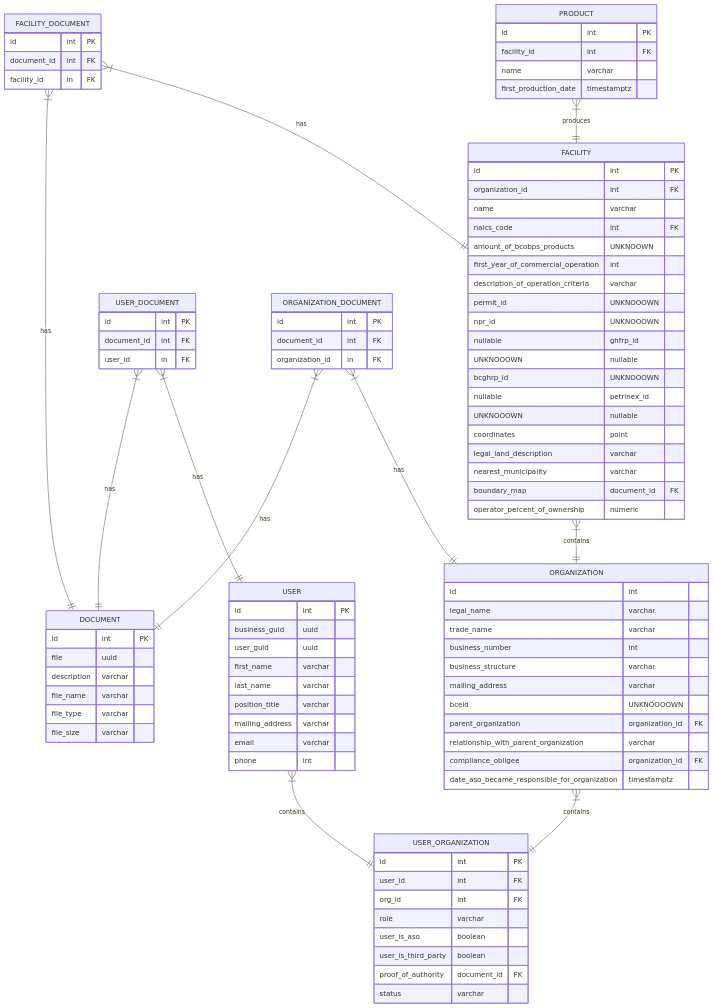
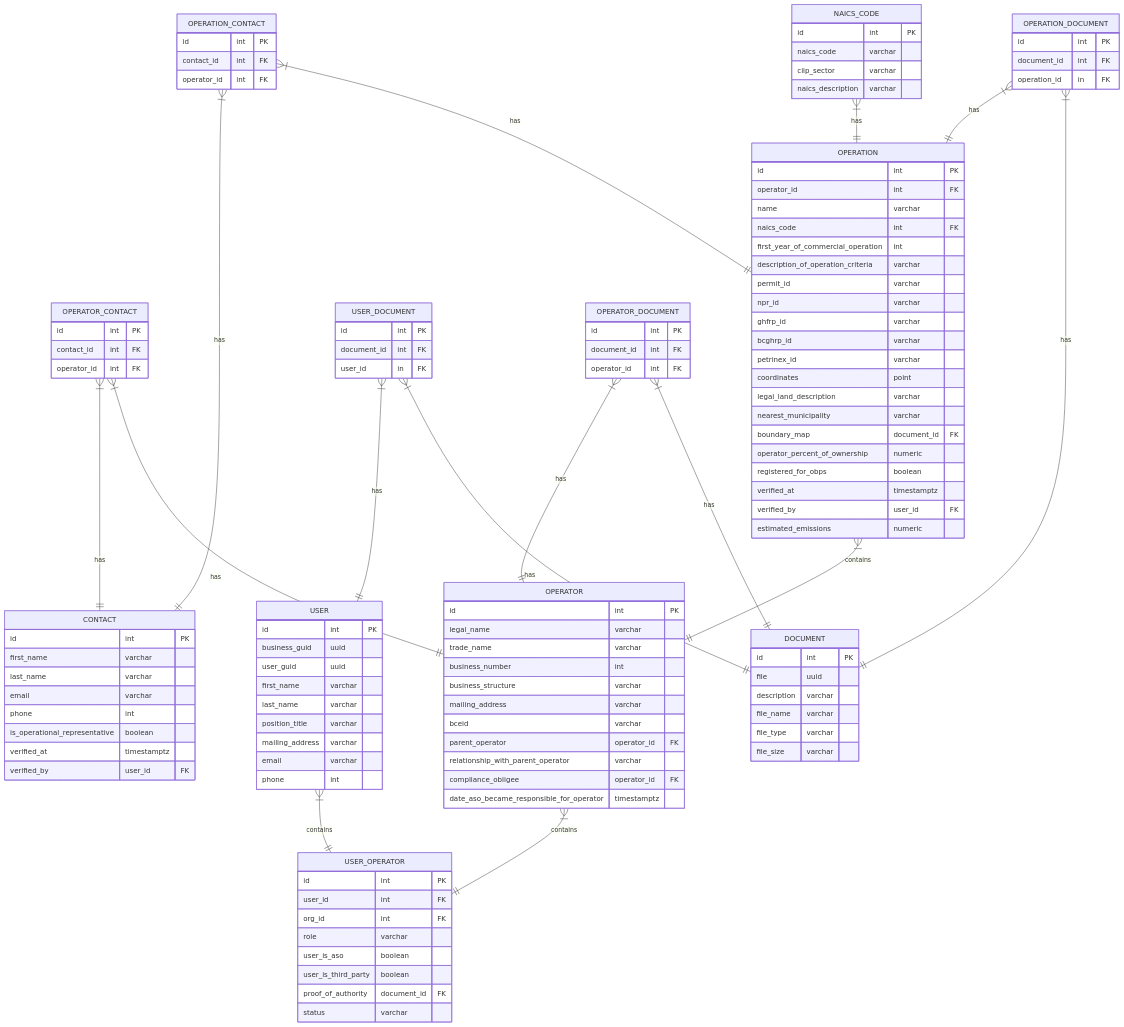
The diagram in erd.md (bcgov/cas-registration), drawn with Mermaid before and after one commit. The commit also changed other lines of this file, not shown here.

Commit message:
chore: apply changes from code review

```diff
--- a/erd.md
+++ b/erd.md
@@ -27,20 +27,20 @@
         email varchar
         phone int
     }
-    ORGANIZATION {
-        id int
+    OPERATOR {
+        id int PK
         legal_name varchar
         trade_name varchar
         business_number int
         business_structure varchar
         mailing_address varchar
-        bceid UNKNOOOOWN
-        parent_organization organization_id FK
-        relationship_with_parent_organization varchar
-        compliance_obligee organization_id FK
-        date_aso_became_responsible_for_organization timestamptz
+        bceid varchar
+        parent_operator operator_id FK
+        relationship_with_parent_operator varchar
+        compliance_obligee operator_id FK
+        date_aso_became_responsible_for_operator timestamptz
     }
-    USER_ORGANIZATION {
+    USER_OPERATOR {
          id int PK
          user_id int FK
          org_id int FK
@@ -50,30 +50,53 @@
          proof_of_authority document_id FK
          status varchar
     }
-    FACILITY {
+    CONTACT {
         id int PK
-        organization_id int FK
+        first_name varchar
+        last_name varchar
+        email varchar
+        phone int
+        is_operational_representative boolean
+        verified_at timestamptz
+        verified_by user_id FK
+    }
+    OPERATOR_CONTACT {
+        id int PK
+        contact_id int FK
+        operator_id int FK
+    }
+    OPERATION_CONTACT {
+        id int PK
+        contact_id int FK
+        operator_id int FK
+    }
+    OPERATION {
+        id int PK
+        operator_id int FK
         name varchar
         naics_code int FK
-        amount_of_bcobps_products UNKNOOWN
         first_year_of_commercial_operation int
         description_of_operation_criteria varchar
-        permit_id UNKNOOOWN
-        npr_id UNKNOOOWN nullable
-        ghfrp_id UNKNOOOWN nullable
-        bcghrp_id UNKNOOOWN nullable
-        petrinex_id UNKNOOOWN nullable
+        permit_id varchar
+        npr_id varchar
+        ghfrp_id varchar
+        bcghrp_id varchar
+        petrinex_id varchar
         coordinates point
         legal_land_description varchar
         nearest_municipality varchar
         boundary_map document_id FK
         operator_percent_of_ownership numeric
+        registered_for_obps boolean
+        verified_at timestamptz
+        verified_by user_id FK
+        estimated_emissions numeric
     }
-    PRODUCT {
+    NAICS_CODE {
         id int PK
-        facility_id int FK
-        name varchar
-        first_production_date timestamptz
+        naics_code varchar
+        ciip_sector varchar
+        naics_description varchar
     }
     DOCUMENT {
         id int PK
@@ -88,27 +111,31 @@
         document_id int FK
         user_id in FK
     }
-    FACILITY_DOCUMENT {
+    OPERATION_DOCUMENT {
         id int PK
         document_id int FK
-        facility_id in FK
+        operation_id in FK
     }
-    ORGANIZATION_DOCUMENT {
+    OPERATOR_DOCUMENT {
         id int PK
         document_id int FK
-        organization_id in FK
+        operator_id int FK
     }
 
-    USER |{--|| USER_ORGANIZATION : contains
-    ORGANIZATION |{--|| USER_ORGANIZATION : contains
-    FACILITY |{--|| ORGANIZATION : contains
-    PRODUCT |{--|| FACILITY : produces
+    USER |{--|| USER_OPERATOR : contains
+    OPERATOR |{--|| USER_OPERATOR : contains
+    OPERATION |{--|| OPERATOR : contains
     USER_DOCUMENT |{--|| USER : has
     USER_DOCUMENT |{--|| DOCUMENT : has
-    FACILITY_DOCUMENT |{--|| FACILITY : has
-    FACILITY_DOCUMENT |{--|| DOCUMENT : has
-    ORGANIZATION_DOCUMENT |{--|| ORGANIZATION : has
-    ORGANIZATION_DOCUMENT |{--|| DOCUMENT : has
+    OPERATION_DOCUMENT |{--|| OPERATION : has
+    OPERATION_DOCUMENT |{--|| DOCUMENT : has
+    OPERATOR_DOCUMENT |{--|| OPERATOR : has
+    OPERATOR_DOCUMENT |{--|| DOCUMENT : has
+    OPERATOR_CONTACT |{--|| CONTACT : has
+    OPERATION_CONTACT |{--|| CONTACT : has
+    OPERATION_CONTACT |{--|| OPERATION : has
+    OPERATOR_CONTACT |{--|| OPERATOR : has
+    NAICS_CODE |{--|| OPERATION : has
 
 
 
```
